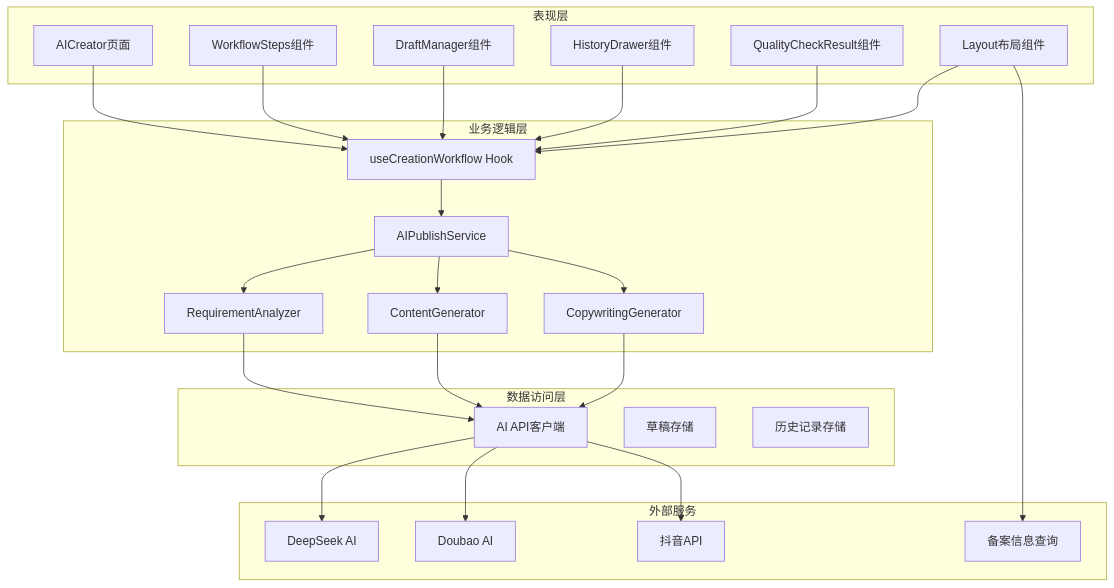
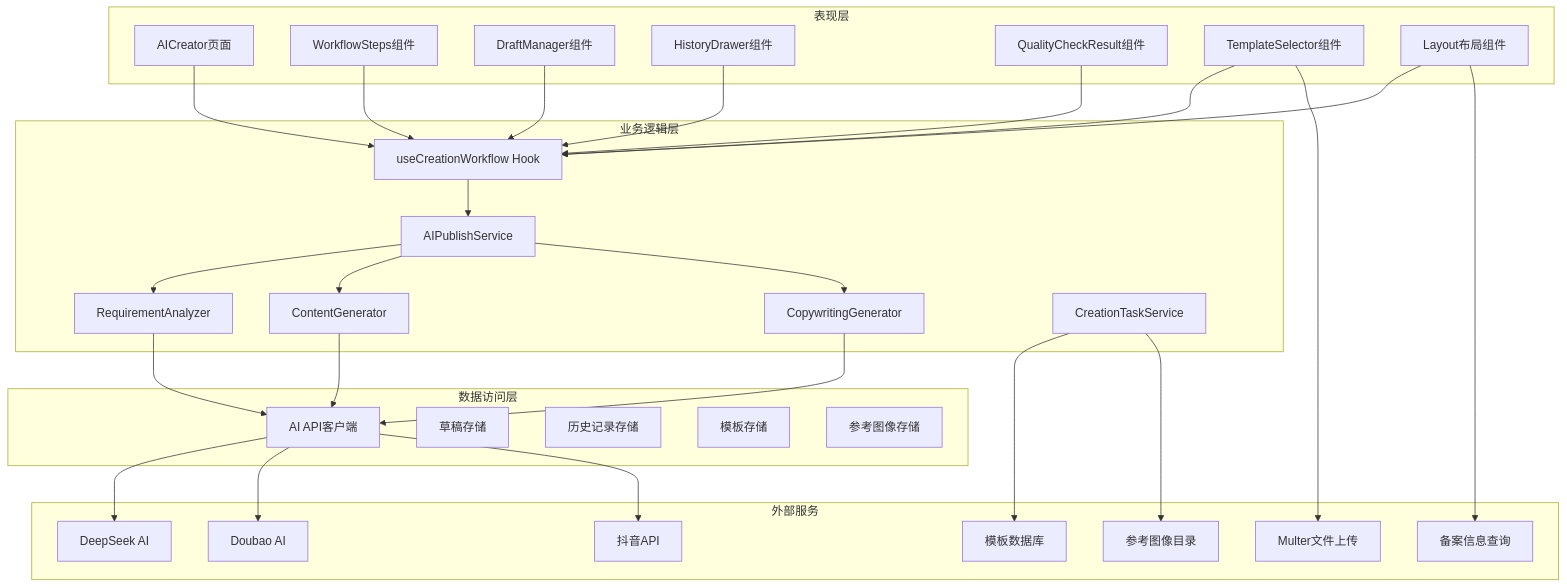
Before and after one commit to songdiyang/clawOperations: the fourth of 12 diagrams in .qoder/repowiki/zh/content/AI创作页面增强.md, drawn with Mermaid. The commit also changed other lines of this file and 7 other files, not shown here.

````diff
--- a/.qoder/repowiki/zh/content/AI创作页面增强.md
+++ b/.qoder/repowiki/zh/content/AI创作页面增强.md
@@ -188,46 +209,57 @@
 ```mermaid
 graph TB
 subgraph "表现层"
 A[AICreator页面]
 B[WorkflowSteps组件]
 C[DraftManager组件]
 D[HistoryDrawer组件]
 E[QualityCheckResult组件]
-F[Layout布局组件]
+F[TemplateSelector组件]
+G[Layout布局组件]
 end
 subgraph "业务逻辑层"
-G[useCreationWorkflow Hook]
-H[AIPublishService]
-I[RequirementAnalyzer]
-J[ContentGenerator]
-K[CopywritingGenerator]
+H[useCreationWorkflow Hook]
+I[AIPublishService]
+J[RequirementAnalyzer]
+K[ContentGenerator]
+L[CopywritingGenerator]
+M[CreationTaskService]
 end
 subgraph "数据访问层"
-L[AI API客户端]
-M[草稿存储]
-N[历史记录存储]
+N[AI API客户端]
+O[草稿存储]
+P[历史记录存储]
+Q[模板存储]
+R[参考图像存储]
 end
 subgraph "外部服务"
-O[DeepSeek AI]
-P[Doubao AI]
-Q[抖音API]
-R[备案信息查询]
+S[DeepSeek AI]
+T[Doubao AI]
+U[抖音API]
+V[备案信息查询]
+W[Multer文件上传]
+X[模板数据库]
+Y[参考图像目录]
 end
-A --> G
-B --> G
-C --> G
-D --> G
-E --> G
-F --> G
+A --> H
+B --> H
+C --> H
+D --> H
+E --> H
+F --> H
 G --> H
 H --> I
-H --> J
-H --> K
+I --> J
+I --> K
 I --> L
-J --> L
-K --> L
-L --> O
-L --> P
-L --> Q
-F --> R
+J --> N
+K --> N
+L --> N
+N --> S
+N --> T
+N --> U
+G --> V
+F --> W
+M --> X
+M --> Y
 ```
````
